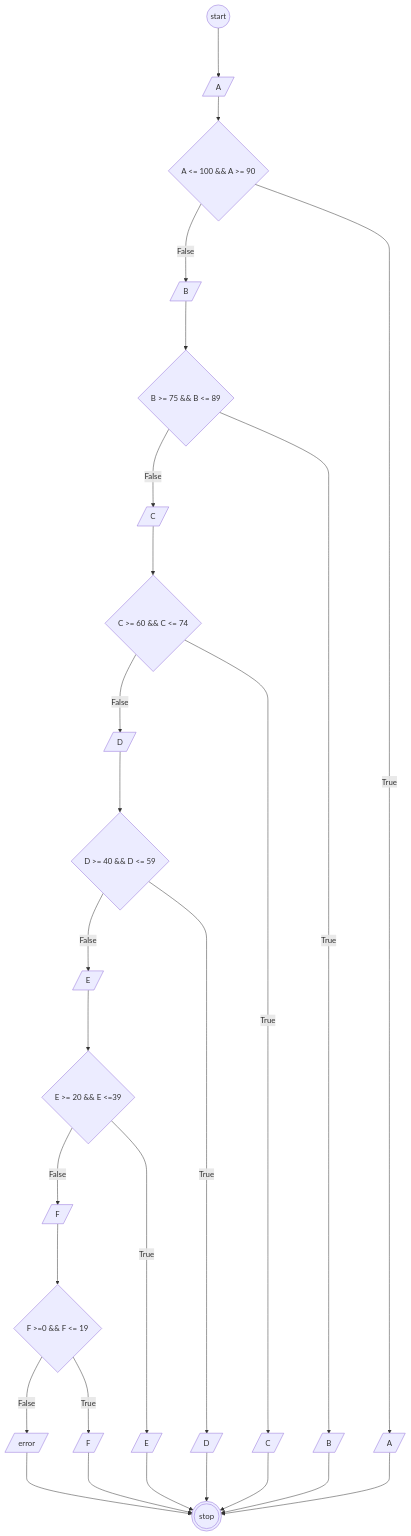
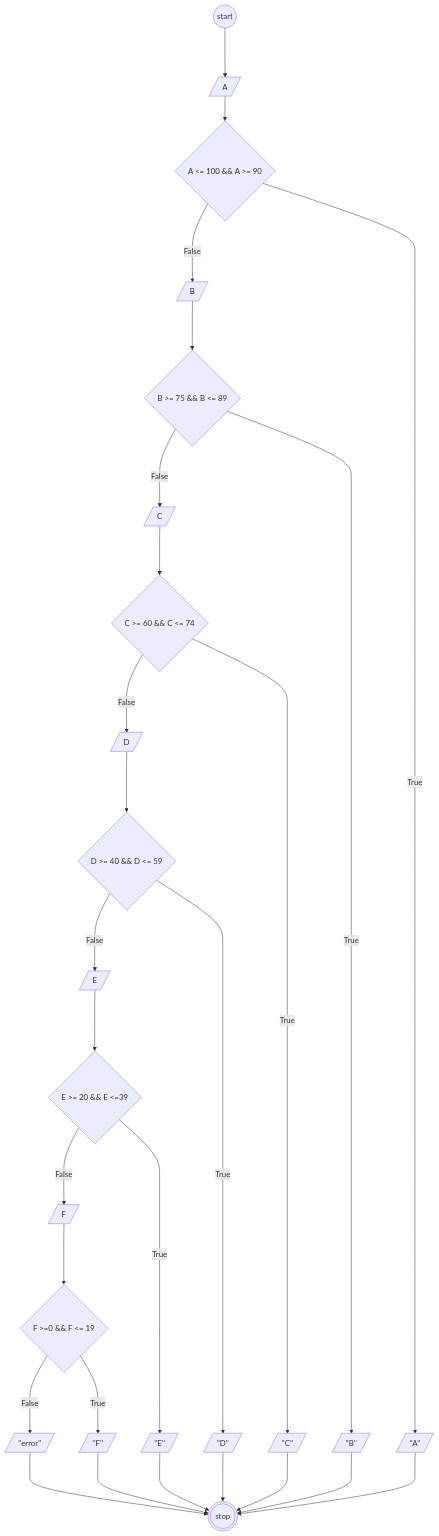
One commit to VirgilIw/koda-b4-algoritma changed the diagram in minitask9.md. Above: the diagram before and after it, drawn with Mermaid.

````diff
--- a/minitask9.md
+++ b/minitask9.md
@@ -1,48 +1,48 @@
 ```mermaid
 flowchart TB
 
 start((start))
 
 start--->input1[/A/]
 
 %% Decision A %%
 input1-->Adec{A <= 100 && A >= 90}
 Adec--False --->false1[/B/]
-Adec--True --->hasil1[/A/]
+Adec--True --->hasil1[/''A''/]
 
 %% Decision B %%
 
 false1--->Bdec{B >= 75 && B <= 89}
 Bdec--False--->false2[/C/]
-Bdec--True--->hasil2[/B/]
+Bdec--True--->hasil2[/''B''/]
 
 %% Decision C %%
 
 false2--->Cdec{C >= 60 && C <= 74}
 Cdec--False--->false3[/D/]
-Cdec--True --->hasil3[/C/]
+Cdec--True --->hasil3[/''C''/]
 
 %% Decision D %%
 
 false3--->Ddec{D >= 40 && D <= 59}
 Ddec--False--->false4[/E/]
-Ddec--True--->hasil4[/D/]
+Ddec--True--->hasil4[/''D''/]
 
 %% Decision E %%
 false4--->Edec{E >= 20 && E <=39}
 Edec--False--->false5[/F/]
-Edec--True--->hasil5[/E/]
+Edec--True--->hasil5[/''E''/]
 
 %% Decision F %%
 false5--->eFdec{F >=0 && F <= 19 }
-eFdec--False--->false6[/error/]
-eFdec--True--->hasil6[/F/]
+eFdec--False--->false6[/''error''/]
+eFdec--True--->hasil6[/''F''/]
 
 false6--->fin(((stop)))
 hasil1--->fin(((stop)))
 hasil2--->fin(((stop)))
 hasil3--->fin(((stop)))
 hasil4--->fin(((stop)))
 hasil5--->fin(((stop)))
 hasil6--->fin(((stop)))
 ```
````
